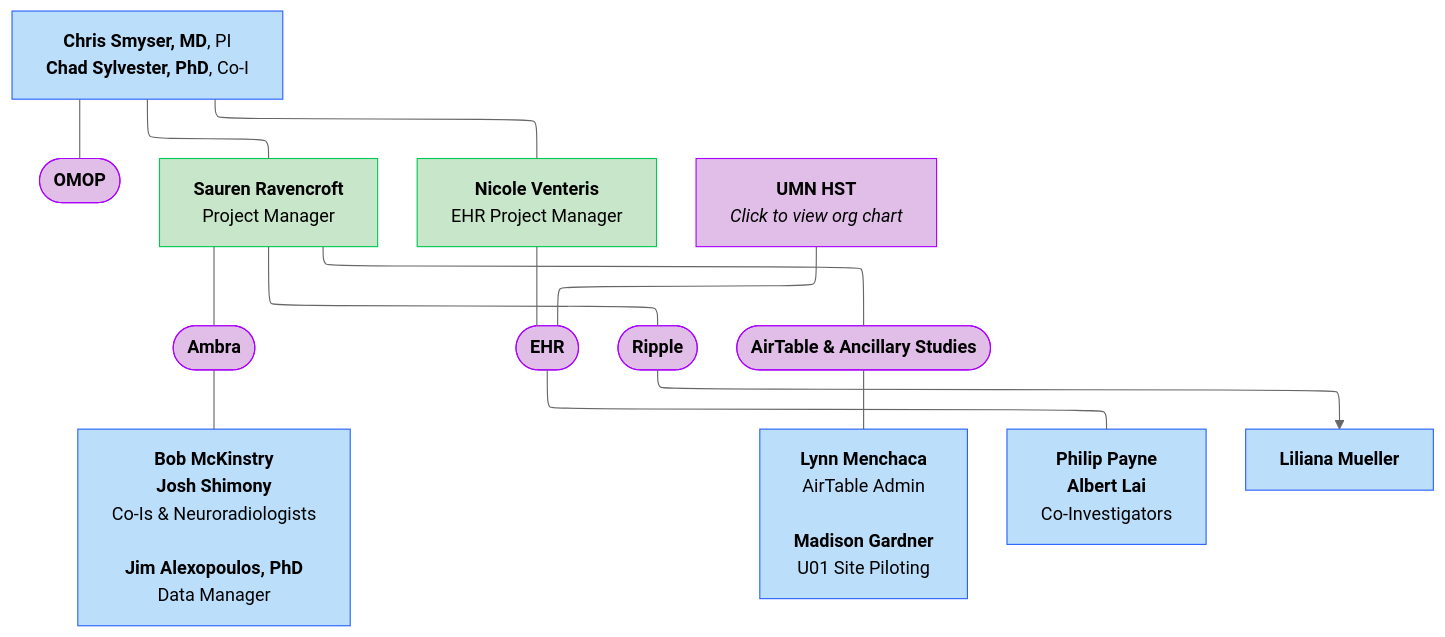
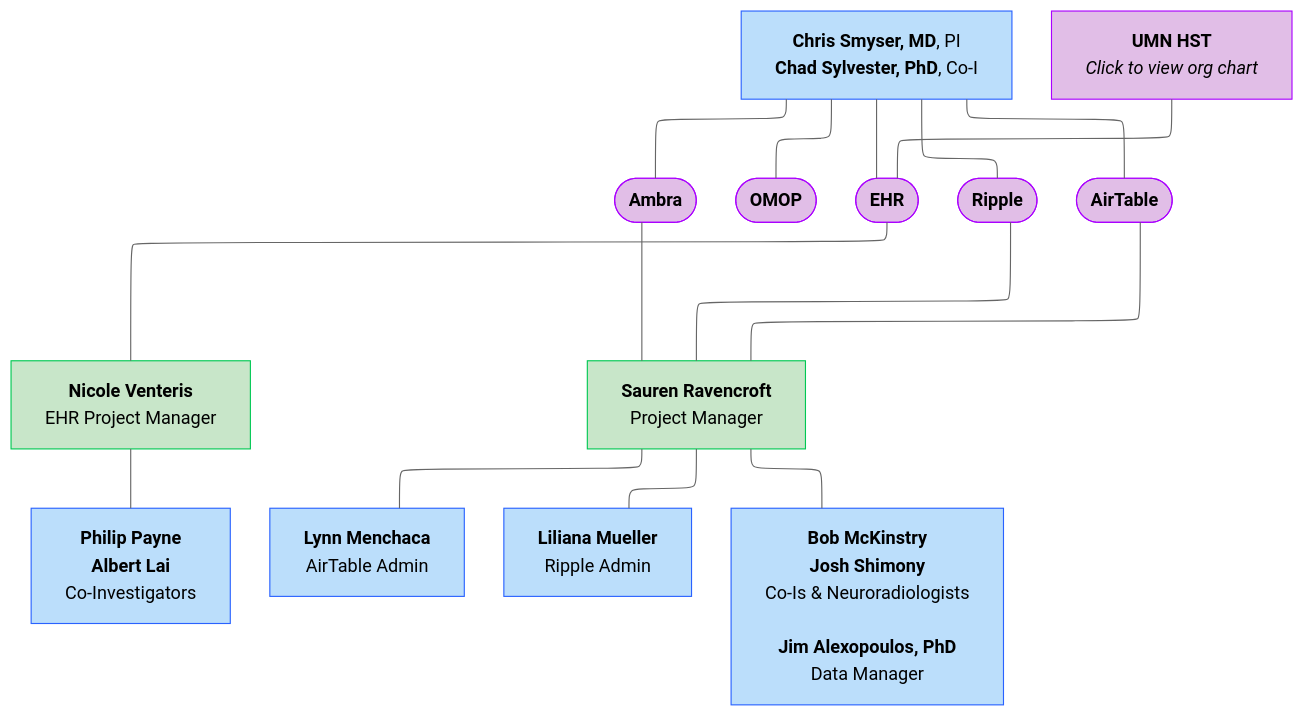
One commit to DCAN-Labs/hbcd-docs-internal changed the ninth of 10 diagrams in docs/orgcharts.md. Above: the diagram before and after it, drawn with Mermaid (neutral theme). The commit also changed other lines of this file and 1 other file, not shown here.

````diff
--- a/docs/orgcharts.md
+++ b/docs/orgcharts.md
@@ -501,32 +467,41 @@
 ```mermaid
 ---
 config:
   layout: elk
 ---
 flowchart TB
-    A["<b>Chris Smyser, MD</b>, PI<br><b>Chad Sylvester, PhD</b>, Co-I"] --- n11(["<b>OMOP</b>"]) & B["<b>Sauren Ravencroft</b><br>Project Manager"] & n13["<b>Nicole Venteris</b><br>EHR Project Manager"]
-    ambra(["<b>Ambra</b>"]) --- n1["<b>Bob McKinstry</b><br><b>Josh Shimony</b><br>Co-Is &amp; Neuroradiologists<br><br><b>Jim Alexopoulos, PhD</b><br>Data Manager"]
-    n12["<b>UMN HST</b><br><i>Click to view org chart</i>"] --- C(["<b>EHR</b><br>"])
-    B --- n5(["<b>Ripple</b>"]) & n6(["<b>AirTable &amp; Ancillary Studies</b>"]) & ambra
-    n6 --- n8["<b>Lynn Menchaca</b><br>AirTable Admin<br><br><b>Madison Gardner</b><br>U01 Site Piloting"]
-    n13 --- C
-    C --- n3["<b>Philip Payne</b><br><b>Albert Lai</b><br>Co-Investigators"]
-    n5 --> n14["<b>Liliana Mueller</b>"]
+    A["<b>Chris Smyser, MD</b>, PI<br><b>Chad Sylvester, PhD</b>, Co-I"] --- ambra(["<b>Ambra</b>"]) & n11(["<b>OMOP</b>"]) & C(["<b>EHR</b><br>"]) & n5(["<b>Ripple</b>"])
+    A --- n6(["<b>AirTable</b>"])
+    n12["<b>UMN HST</b><br><i>Click to view org chart</i>"] --- C
+    C --- n13["<b>Nicole Venteris</b><br>EHR Project Manager"]
+    n13 --- n3["<b>Philip Payne</b><br><b>Albert Lai</b><br>Co-Investigators"]
+    n5 --- B["<b>Sauren Ravencroft</b><br>Project Manager"]
+    n6 --- B
+    B --- n8["<b>Lynn Menchaca</b><br>AirTable Admin"]
+    B --- n9["<b>Liliana Mueller</b><br>Ripple Admin"]
+    B --- n1["<b>Bob McKinstry</b><br><b>Josh Shimony</b><br>Co-Is &amp; Neuroradiologists<br><br><b>Jim Alexopoulos, PhD</b><br>Data Manager"]
+    ambra --- B
+    n5 --> n9
+    ambra --> n1
+    n6 --> n8
     style A fill:#BBDEFB,stroke:#2962FF
+    style ambra fill:#E1BEE7,stroke:#AA00FF
     style n11 fill:#E1BEE7,stroke:#AA00FF
-    style B fill:#C8E6C9,stroke:#00C853
-    style n13 fill:#C8E6C9,stroke:#00C853
-    style ambra fill:#E1BEE7,stroke:#AA00FF
-    style n1 fill:#BBDEFB,stroke:#2962FF
-    style n12 fill:#E1BEE7,stroke:#AA00FF
     style C fill:#E1BEE7,stroke:#AA00FF
     style n5 fill:#E1BEE7,stroke:#AA00FF
     style n6 fill:#E1BEE7,stroke:#AA00FF
+    style n12 fill:#E1BEE7,stroke:#AA00FF
+    style n13 fill:#C8E6C9,stroke:#00C853
+    style n3 fill:#BBDEFB,stroke:#2962FF
+    style B fill:#C8E6C9,stroke:#00C853
     style n8 fill:#BBDEFB,stroke:#2962FF
-    style n3 fill:#BBDEFB,stroke:#2962FF
-    style n14 fill:#BBDEFB,stroke:#2962FF
+    style n9 fill:#BBDEFB,stroke:#2962FF
+    style n1 fill:#BBDEFB,stroke:#2962FF
     click ambra "#ambra"
-    click n12 "#health-sciences-technology"
     click n5 "#ripple-science"
     click n6 "#airtable"
+    click n12 "#health-sciences-technology"
+    linkStyle 14 stroke:none,fill:none
+    linkStyle 15 stroke:none,fill:none
+    linkStyle 16 stroke:none
 ```
````
